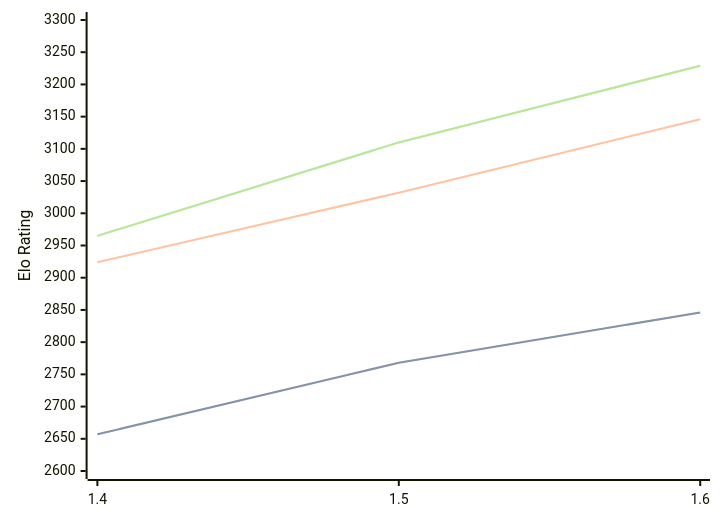
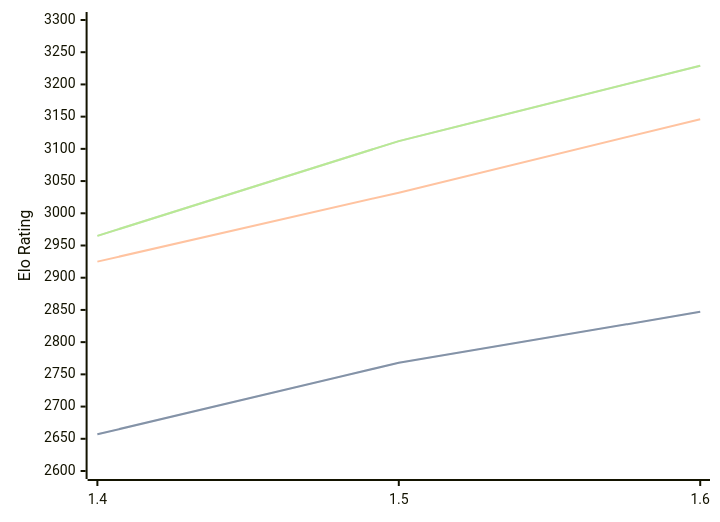
The diagram in engines/Yakka.md (computer-chess-index/cci), drawn with Mermaid before and after one commit. The commit also changed other lines of this file, not shown here.

Commit message:
Update CCI Ratings (ELO VLTC) - 2026-10-02

````diff
--- a/engines/Yakka.md
+++ b/engines/Yakka.md
@@ -33,11 +33,11 @@
 ```mermaid
 %%{init: {"theme":"base","themeVariables":{"seriesColors:['#a3a3a3','#222221','#faa371']}}}%%
 xychart-beta
   x-axis ["1.4", "1.5", "1.6"]
   y-axis "Elo Rating" 2600 --> 3300
-  line "" [2657, 2768, 2846]
-  line "STC (8.0+0.08s)" [2657, 2768, 2846]
-  line "LTC (60.0+0.60s)" [2924, 3032, 3146]
-  line "" [2965, 3110, 3229]
-  line "VLTC (2m24s+1.12s)" [2965, 3110, 3229]
+  line "" [2657, 2768, 2847]
+  line "STC (8.0+0.08s)" [2657, 2768, 2847]
+  line "LTC (60.0+0.60s)" [2925, 3032, 3146]
+  line "" [2965, 3112, 3229]
+  line "VLTC (2m24s+1.12s)" [2965, 3112, 3229]
 ```
````
